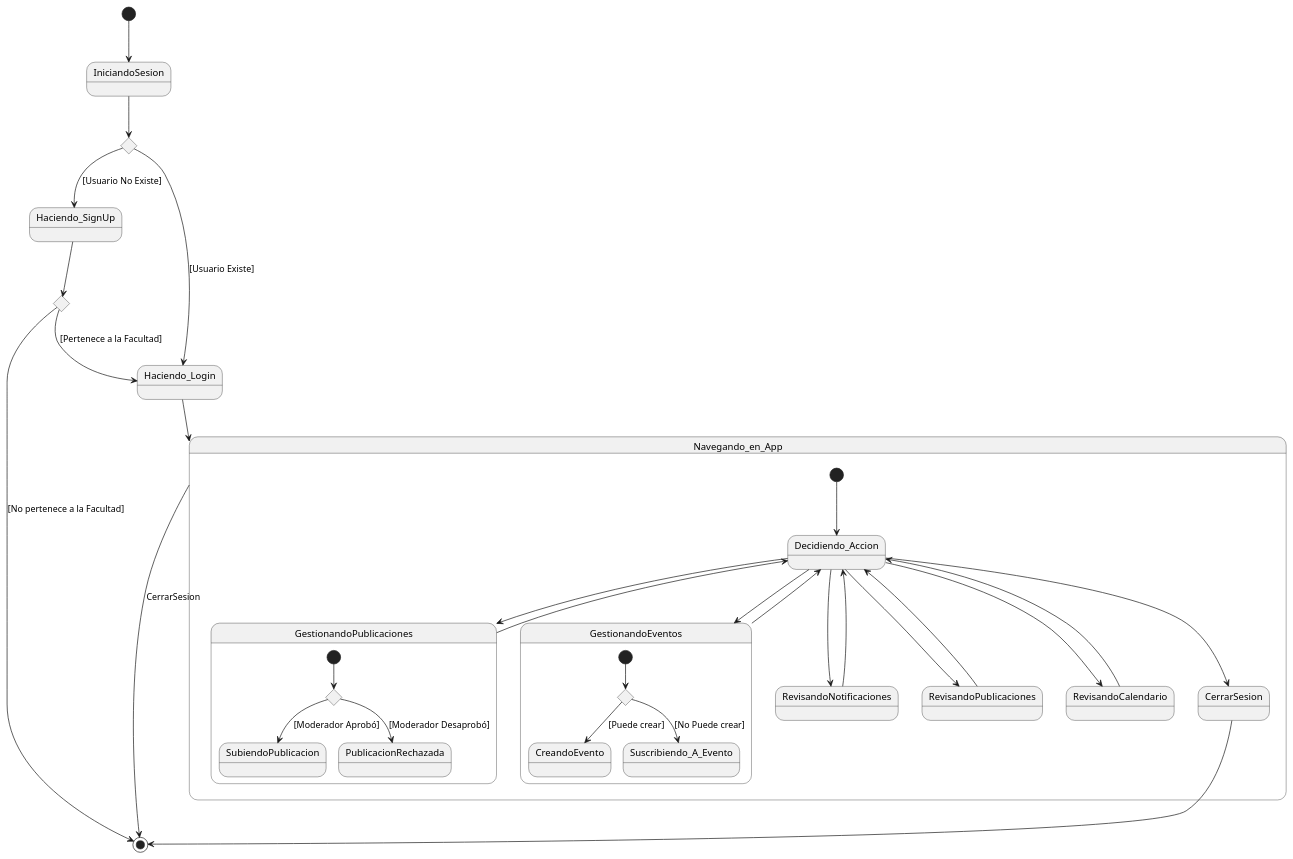
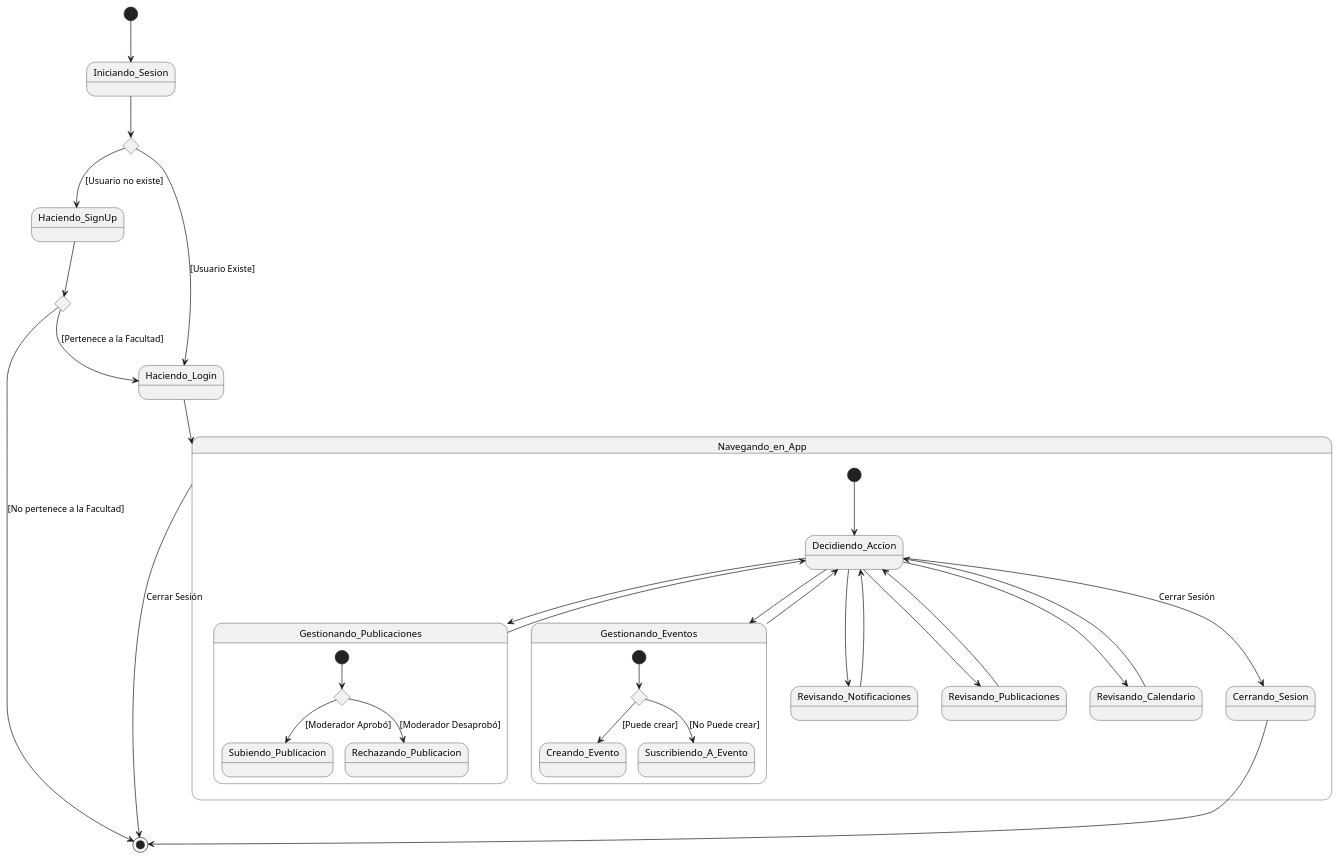
One commit to Danfloca02/ProyectoFacUpdate changed the diagram in docs/scenariosView/stateDiagram.plantuml. Above: the diagram before and after it, drawn with PlantUML.

Commit message:
gerundio

```diff
--- a/docs/scenariosView/stateDiagram.plantuml
+++ b/docs/scenariosView/stateDiagram.plantuml
@@ -1,52 +1,52 @@
 @startuml DiagrmaDeEstados_FacUpdate
 
-[*] --> IniciandoSesion
+[*] --> Iniciando_Sesion
 
 state c1 <<choice>>
-IniciandoSesion --> c1
+Iniciando_Sesion --> c1
 
-c1 --> Haciendo_SignUp : [Usuario No Existe]
+c1 --> Haciendo_SignUp : [Usuario no existe]
 state c2 <<choice>>
 Haciendo_SignUp --> c2
 c2 --> Haciendo_Login : [Pertenece a la Facultad]
 Haciendo_Login --> Navegando_en_App
 c2 --> [*] : [No pertenece a la Facultad]
 
 c1 --> Haciendo_Login : [Usuario Existe]
 
 state Navegando_en_App {
     [*] -down-> Decidiendo_Accion
     
-    state GestionandoPublicaciones {
+    state Gestionando_Publicaciones {
         state c3 <<choice>>
         [*] --> c3
-        c3 --> SubiendoPublicacion : [Moderador Aprobó]
-        c3 --> PublicacionRechazada : [Moderador Desaprobó]
+        c3 --> Subiendo_Publicacion : [Moderador Aprobó]
+        c3 --> Rechazando_Publicacion : [Moderador Desaprobó]
     }
     
-    state GestionandoEventos {
+    state Gestionando_Eventos {
         state c4 <<choice>>
         [*] --> c4
-        c4 -down-> CreandoEvento : [Puede crear]
+        c4 -down-> Creando_Evento : [Puede crear]
         c4 -down-> Suscribiendo_A_Evento : [No Puede crear]
     }
     
 
-    Decidiendo_Accion -down-> GestionandoPublicaciones
-    Decidiendo_Accion -down-> RevisandoNotificaciones
-    Decidiendo_Accion -down-> RevisandoPublicaciones
-    Decidiendo_Accion -down-> RevisandoCalendario
-    Decidiendo_Accion -down-> GestionandoEventos
-    Decidiendo_Accion -down-> CerrarSesion
+    Decidiendo_Accion --> Gestionando_Publicaciones
+    Decidiendo_Accion --> Revisando_Notificaciones
+    Decidiendo_Accion --> Revisando_Publicaciones
+    Decidiendo_Accion --> Revisando_Calendario
+    Decidiendo_Accion --> Gestionando_Eventos
+    Decidiendo_Accion --> Cerrando_Sesion: Cerrar Sesión
     
-    GestionandoEventos -up-> Decidiendo_Accion
-    GestionandoPublicaciones -up-> Decidiendo_Accion
-    RevisandoNotificaciones -up-> Decidiendo_Accion
-    RevisandoPublicaciones -up-> Decidiendo_Accion
-    RevisandoCalendario -up-> Decidiendo_Accion
+    Gestionando_Eventos -up-> Decidiendo_Accion
+    Gestionando_Publicaciones -up-> Decidiendo_Accion
+    Revisando_Notificaciones -up-> Decidiendo_Accion
+    Revisando_Publicaciones -up-> Decidiendo_Accion
+    Revisando_Calendario -up-> Decidiendo_Accion
 }
 
-CerrarSesion --> [*]
-Navegando_en_App --> [*] : CerrarSesion
+Cerrando_Sesion --> [*]
+Navegando_en_App --> [*] : Cerrar Sesión
 
 @enduml
```
